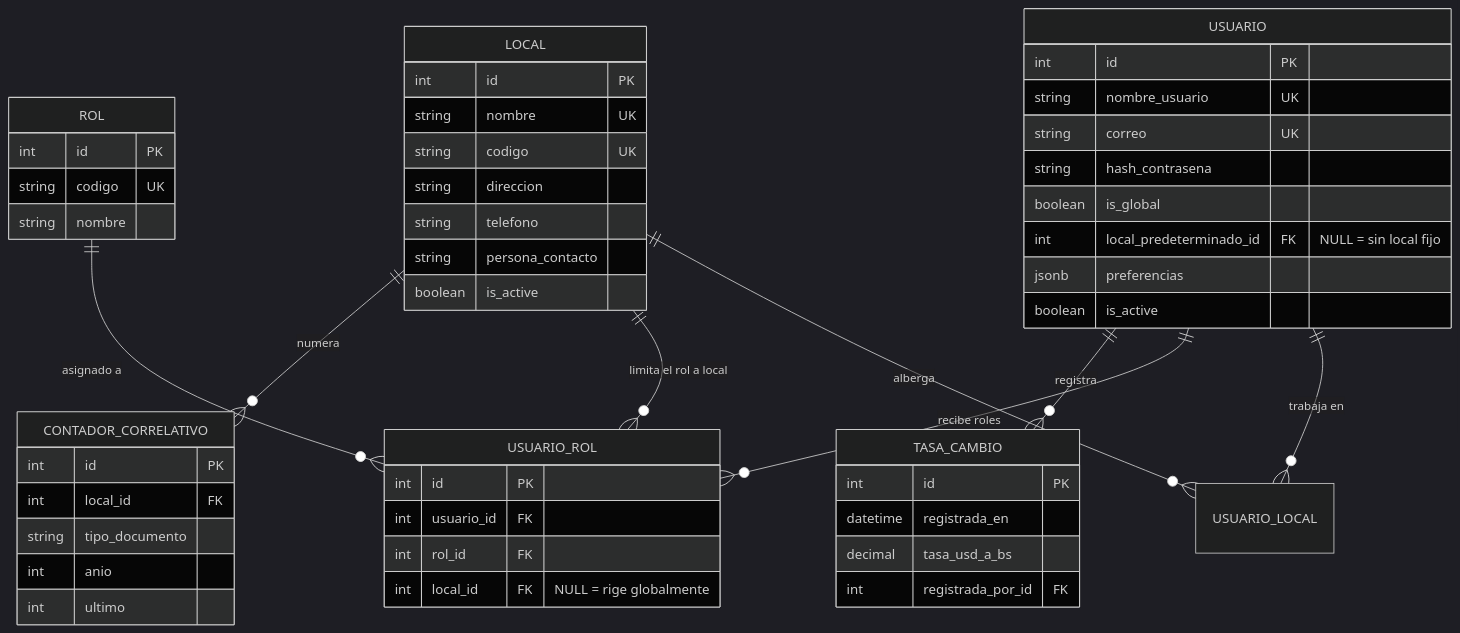
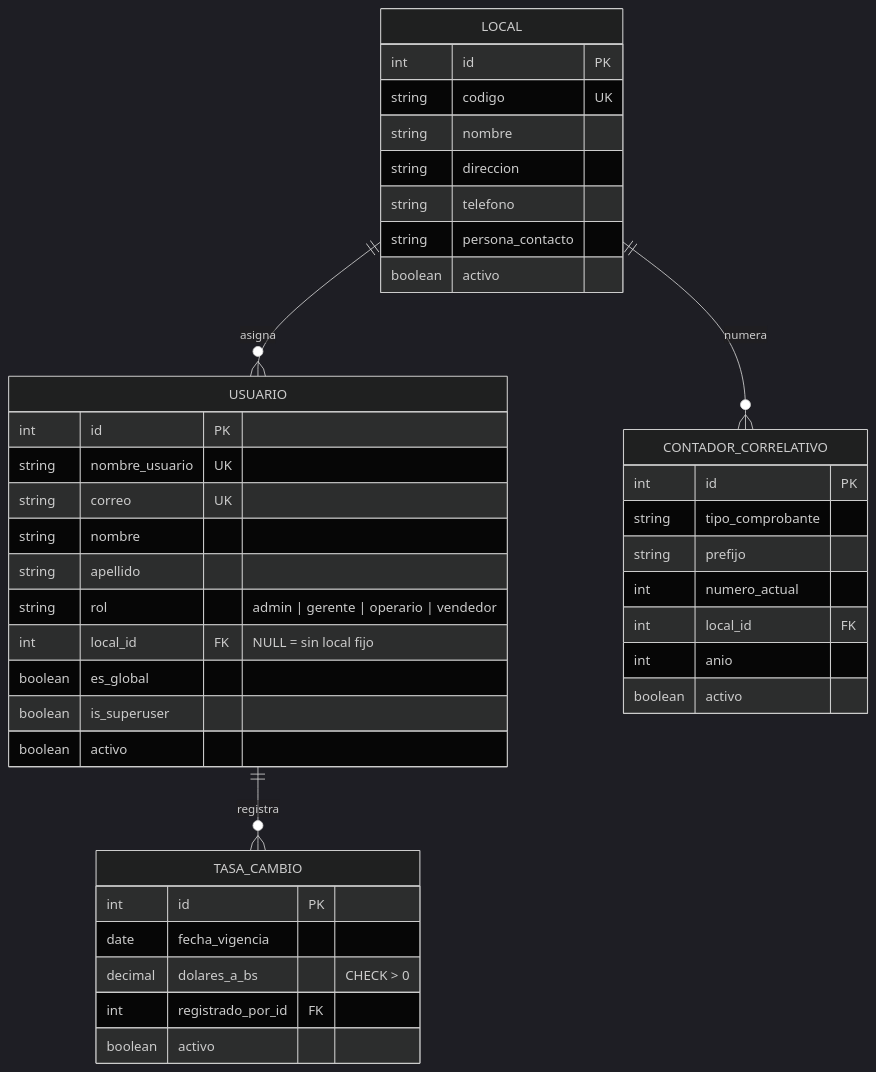
One commit to Enrrill/DLL-Sulimados---Core changed the diagram in docs/modelo-datos/06.1-nucleo.md. Above: the diagram before and after it, drawn with Mermaid (dark theme). The commit also changed other lines of this file and 27 other files, not shown here.

````diff
--- a/docs/modelo-datos/06.1-nucleo.md
+++ b/docs/modelo-datos/06.1-nucleo.md
@@ -19,53 +21,43 @@
 ```mermaid
 erDiagram
-    LOCAL ||--o{ USUARIO_LOCAL : "alberga"
-    USUARIO ||--o{ USUARIO_LOCAL : "trabaja en"
+    LOCAL ||--o{ USUARIO : "asigna"
     LOCAL {
         int id PK
-        string nombre UK
         string codigo UK
+        string nombre
         string direccion
         string telefono
         string persona_contacto
-        boolean is_active
+        boolean activo
     }
     USUARIO {
         int id PK
         string nombre_usuario UK
         string correo UK
-        string hash_contrasena
-        boolean is_global
-        int local_predeterminado_id FK "NULL = sin local fijo"
-        jsonb preferencias
-        boolean is_active
-    }
-    ROL ||--o{ USUARIO_ROL : "asignado a"
-    USUARIO ||--o{ USUARIO_ROL : "recibe roles"
-    ROL {
-        int id PK
-        string codigo UK
         string nombre
-    }
-    LOCAL ||--o{ USUARIO_ROL : "limita el rol a local"
-    USUARIO_ROL {
-        int id PK
-        int usuario_id FK
-        int rol_id FK
-        int local_id FK "NULL = rige globalmente"
+        string apellido
+        string rol "admin | gerente | operario | vendedor"
+        int local_id FK "NULL = sin local fijo"
+        boolean es_global
+        boolean is_superuser
+        boolean activo
     }
     USUARIO ||--o{ TASA_CAMBIO : "registra"
     TASA_CAMBIO {
         int id PK
-        datetime registrada_en
-        decimal tasa_usd_a_bs
-        int registrada_por_id FK
+        date fecha_vigencia
+        decimal dolares_a_bs "CHECK > 0"
+        int registrado_por_id FK
+        boolean activo
     }
     LOCAL ||--o{ CONTADOR_CORRELATIVO : "numera"
     CONTADOR_CORRELATIVO {
         int id PK
+        string tipo_comprobante
+        string prefijo
+        int numero_actual
         int local_id FK
-        string tipo_documento
         int anio
-        int ultimo
+        boolean activo
     }
 ```
````
